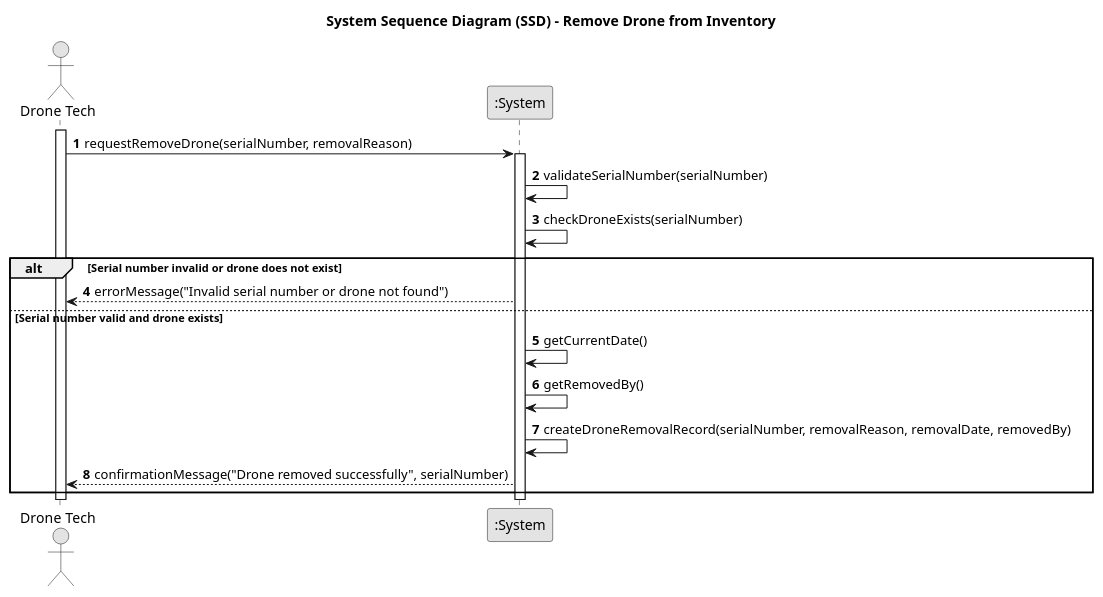
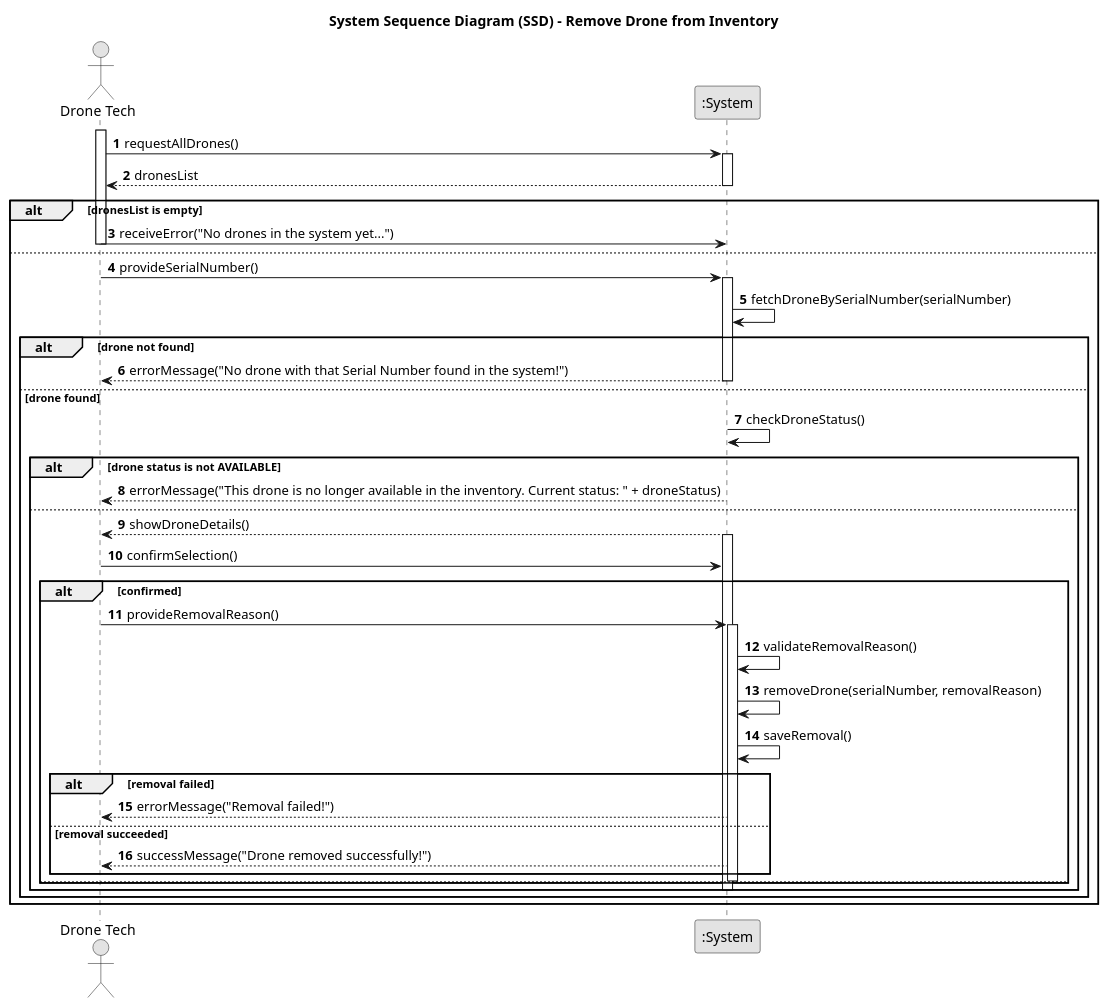
The diagram in docs/planning/sprint2/EAPLI/US242 - Remove drone from the inventory/01.requirements-engineering/puml/us242-system-sequence-diagram.puml (SAEmanuel/Shodrone_ISEP), drawn with PlantUML before and after one commit. The commit also changed 1 other file, not shown here.

```diff
--- a/docs/planning/sprint2/EAPLI/US242 - Remove drone from the inventory/01.requirements-engineering/puml/us242-system-sequence-diagram.puml
+++ b/docs/planning/sprint2/EAPLI/US242 - Remove drone from the inventory/01.requirements-engineering/puml/us242-system-sequence-diagram.puml
@@ -1,32 +1,63 @@
 @startuml
 skinparam monochrome true
 skinparam packageStyle rectangle
 skinparam shadowing false
 
 title System Sequence Diagram (SSD) - Remove Drone from Inventory
 
 autonumber
 
 actor "Drone Tech" as DT
 participant ":System" as System
 
 activate DT
 
-DT -> System: requestRemoveDrone(serialNumber, removalReason)
+DT -> System: requestAllDrones()
 activate System
+System --> DT: dronesList
+deactivate System
 
-System -> System: validateSerialNumber(serialNumber)
-System -> System: checkDroneExists(serialNumber)
-alt Serial number invalid or drone does not exist
-    System --> DT: errorMessage("Invalid serial number or drone not found")
-else Serial number valid and drone exists
-    System -> System: getCurrentDate()
-    System -> System: getRemovedBy()
-    System -> System: createDroneRemovalRecord(serialNumber, removalReason, removalDate, removedBy)
-    System --> DT: confirmationMessage("Drone removed successfully", serialNumber)
+alt dronesList is empty
+    DT -> System: receiveError("No drones in the system yet...")
+    deactivate System
+    deactivate DT
+else
+    DT -> System: provideSerialNumber()
+    activate System
+    System -> System: fetchDroneBySerialNumber(serialNumber)
+    alt drone not found
+        System --> DT: errorMessage("No drone with that Serial Number found in the system!")
+        deactivate System
+    else drone found
+        System -> System: checkDroneStatus()
+        alt drone status is not AVAILABLE
+            System --> DT: errorMessage("This drone is no longer available in the inventory. Current status: " + droneStatus)
+            deactivate System
+        else
+            System --> DT: showDroneDetails()
+            activate System
+            DT -> System: confirmSelection()
+            alt confirmed
+                DT -> System: provideRemovalReason()
+                activate System
+                System -> System: validateRemovalReason()
+                System -> System: removeDrone(serialNumber, removalReason)
+                System -> System: saveRemoval()
+                alt removal failed
+                    System --> DT: errorMessage("Removal failed!")
+                else removal succeeded
+                    System --> DT: successMessage("Drone removed successfully!")
+                end
+                deactivate System
+            else
+                note right : loops back to provideSerialNumber
+            end
+            deactivate System
+        end
+    end
+    deactivate System
 end
 
-deactivate System
 deactivate DT
 
 @enduml
```
